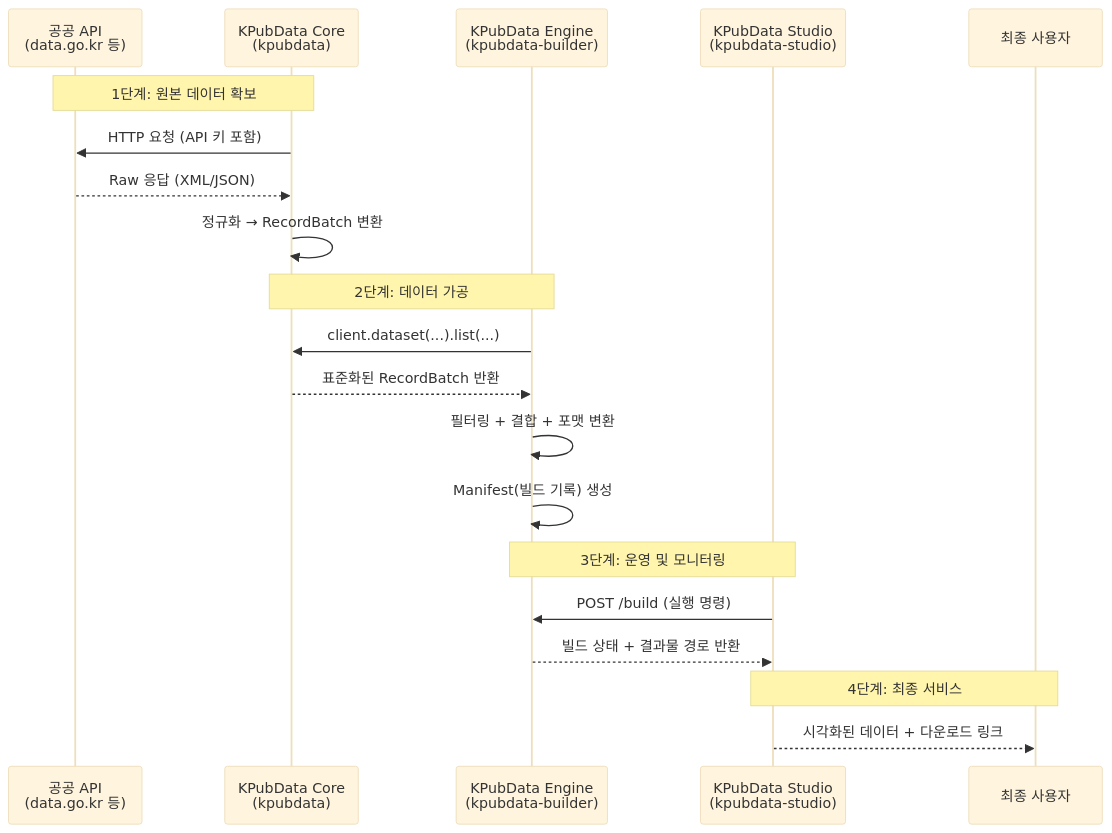
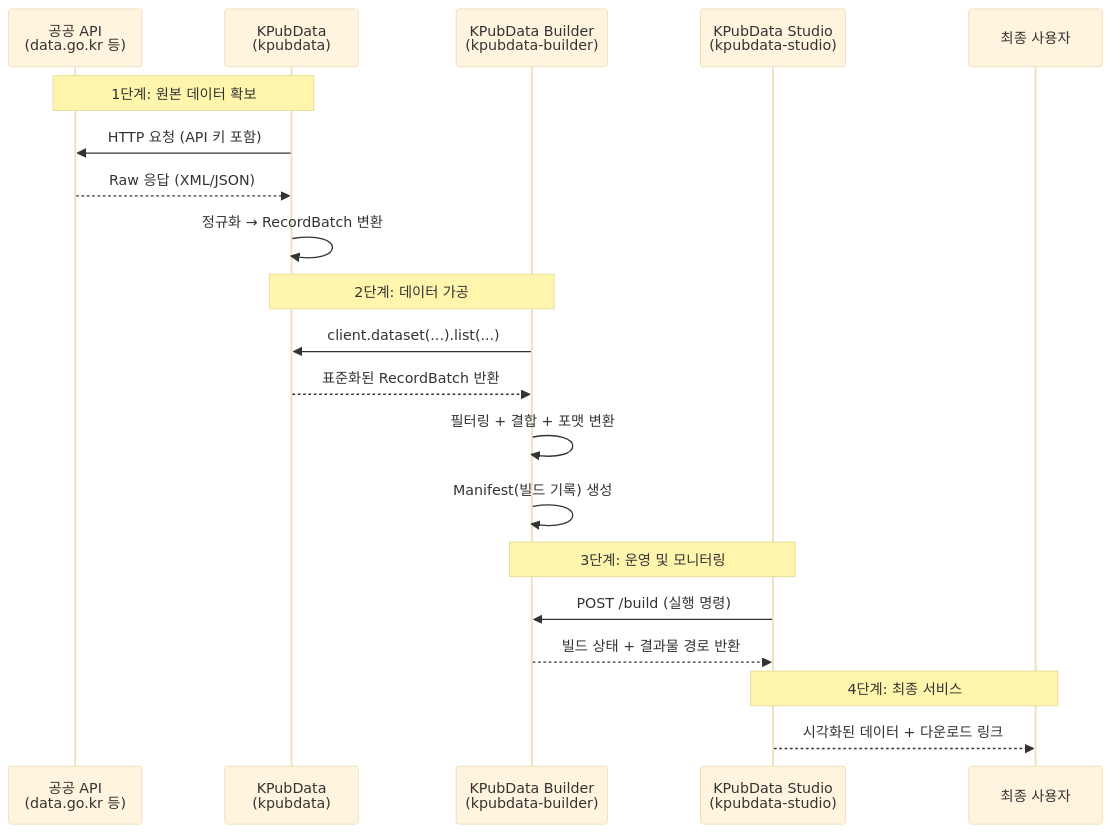
Before and after one commit to kpubdata-lab/kpubdata: the second of 3 diagrams in docs/product-family-architecture.md, drawn with Mermaid (base theme). The commit also changed other lines of this file and 6 other files, not shown here.

First line of the commit message:
docs: describe KPubData as a standalone SDK with Builder and Studio as related projects (#669)

````diff
--- a/docs/product-family-architecture.md
+++ b/docs/product-family-architecture.md
@@ -73,26 +73,26 @@
 ```mermaid
 sequenceDiagram
     participant P as 공공 API<br/>(data.go.kr 등)
-    participant C as KPubData Core<br/>(kpubdata)
-    participant B as KPubData Engine<br/>(kpubdata-builder)
+    participant C as KPubData<br/>(kpubdata)
+    participant B as KPubData Builder<br/>(kpubdata-builder)
     participant S as KPubData Studio<br/>(kpubdata-studio)
     participant U as 최종 사용자
 
     Note over P, C: 1단계: 원본 데이터 확보
     C->>P: HTTP 요청 (API 키 포함)
     P-->>C: Raw 응답 (XML/JSON)
     C->>C: 정규화 → RecordBatch 변환
 
     Note over C, B: 2단계: 데이터 가공
     B->>C: client.dataset(...).list(...)
     C-->>B: 표준화된 RecordBatch 반환
     B->>B: 필터링 + 결합 + 포맷 변환
     B->>B: Manifest(빌드 기록) 생성
 
     Note over B, S: 3단계: 운영 및 모니터링
     S->>B: POST /build (실행 명령)
     B-->>S: 빌드 상태 + 결과물 경로 반환
 
     Note over S, U: 4단계: 최종 서비스
     S-->>U: 시각화된 데이터 + 다운로드 링크
 ```
````
